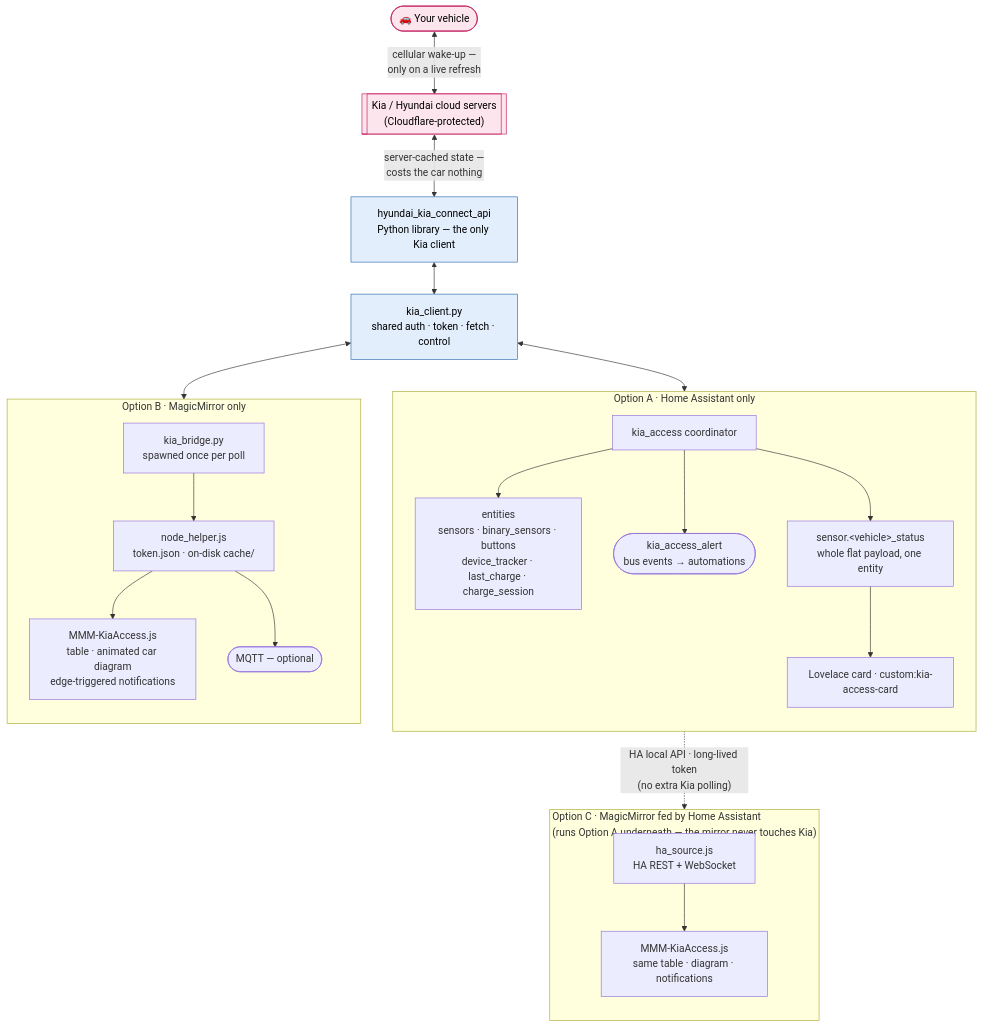
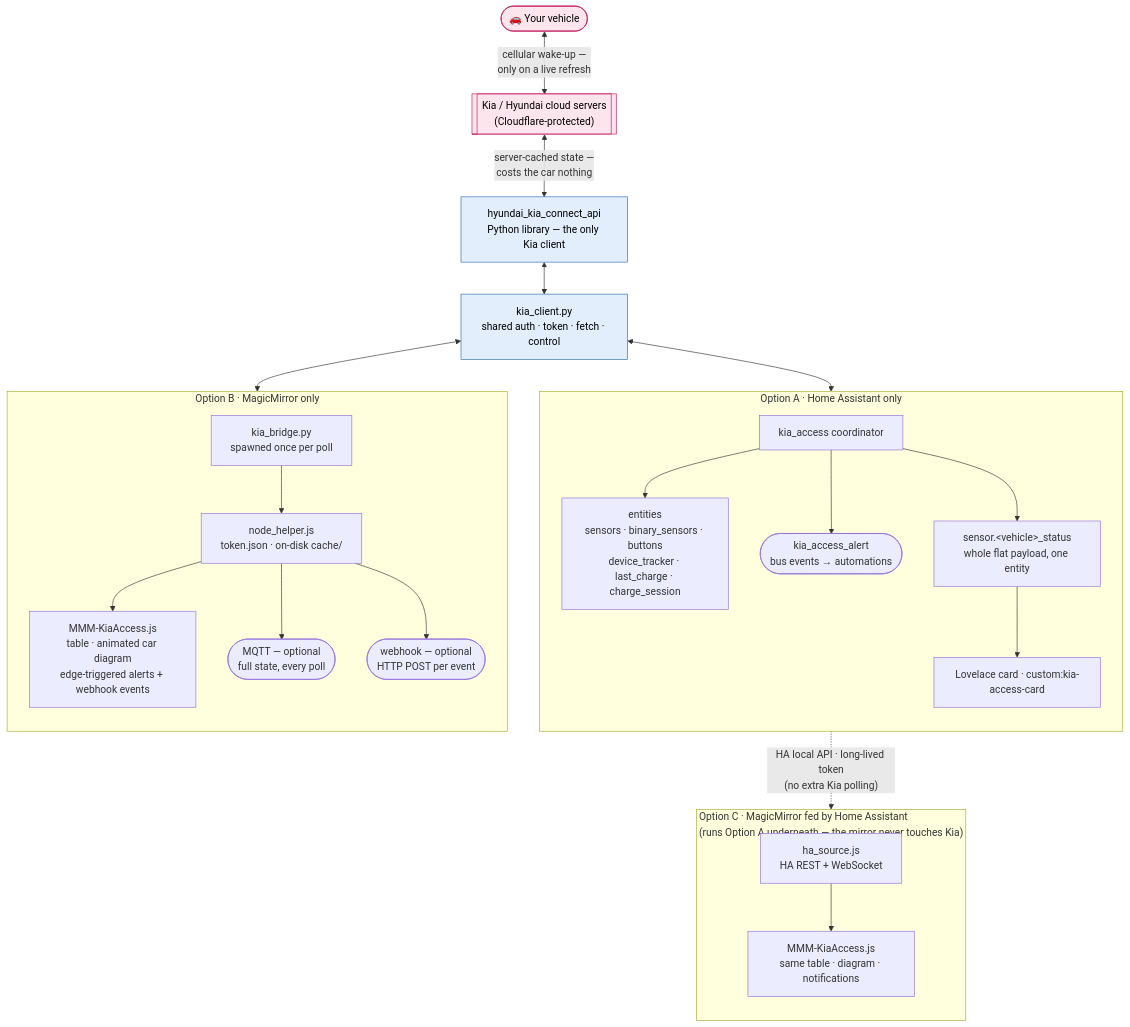
One commit to Legal-Copy7045/MMM-KiaAccess changed the diagram in docs/data-flow.mmd. Above: the diagram before and after it, drawn with Mermaid. The commit also changed 9 other files, not shown here.

First line of the commit message:
Add an optional outbound webhook (HTTP POST per state-change event)

```diff
--- a/docs/data-flow.mmd
+++ b/docs/data-flow.mmd
@@ -1,49 +1,51 @@
 %% Editable source for docs/data-flow.svg — keep both in sync.
 %% GitHub renders this block natively; the committed SVG is a tidied hand-layout.
 flowchart TB
     car(["🚗 Your vehicle"])
     cloud[["Kia / Hyundai cloud servers<br/>(Cloudflare-protected)"]]
     lib["hyundai_kia_connect_api<br/>Python library — the only Kia client"]
     kc["kia_client.py<br/>shared auth · token · fetch · control"]
 
     car <-->|"cellular wake-up —<br/>only on a live refresh"| cloud
     cloud <-->|"server-cached state —<br/>costs the car nothing"| lib
     lib <--> kc
 
     subgraph A["Option A · Home Assistant only"]
         direction TB
         coord["kia_access coordinator"]
         ent["entities<br/>sensors · binary_sensors · buttons<br/>device_tracker · last_charge · charge_session"]
         evt(["kia_access_alert<br/>bus events → automations"])
         status["sensor.&lt;vehicle&gt;_status<br/>whole flat payload, one entity"]
         card["Lovelace card · custom:kia-access-card"]
         coord --> ent
         coord --> evt
         coord --> status --> card
     end
 
     subgraph B["Option B · MagicMirror only"]
         direction TB
         bridge["kia_bridge.py<br/>spawned once per poll"]
         nh["node_helper.js<br/>token.json · on-disk cache/"]
-        mm["MMM-KiaAccess.js<br/>table · animated car diagram<br/>edge-triggered notifications"]
-        mqtt(["MQTT — optional"])
+        mm["MMM-KiaAccess.js<br/>table · animated car diagram<br/>edge-triggered alerts + webhook events"]
+        mqtt(["MQTT — optional<br/>full state, every poll"])
+        hook(["webhook — optional<br/>HTTP POST per event"])
         bridge --> nh --> mm
         nh --> mqtt
+        nh --> hook
     end
 
     subgraph C["Option C · MagicMirror fed by Home Assistant<br/>(runs Option A underneath — the mirror never touches Kia)"]
         direction TB
         hasrc["ha_source.js<br/>HA REST + WebSocket"]
         mmc["MMM-KiaAccess.js<br/>same table · diagram · notifications"]
         hasrc --> mmc
     end
 
     kc <--> coord
     kc <--> bridge
     status -.->|"HA local API · long-lived token<br/>(no extra Kia polling)"| hasrc
 
     classDef kia fill:#fde5ee,stroke:#c2185b,color:#000
     classDef shared fill:#e2eefb,stroke:#2b6cb0,color:#000
     class car,cloud kia
     class lib,kc shared
```
